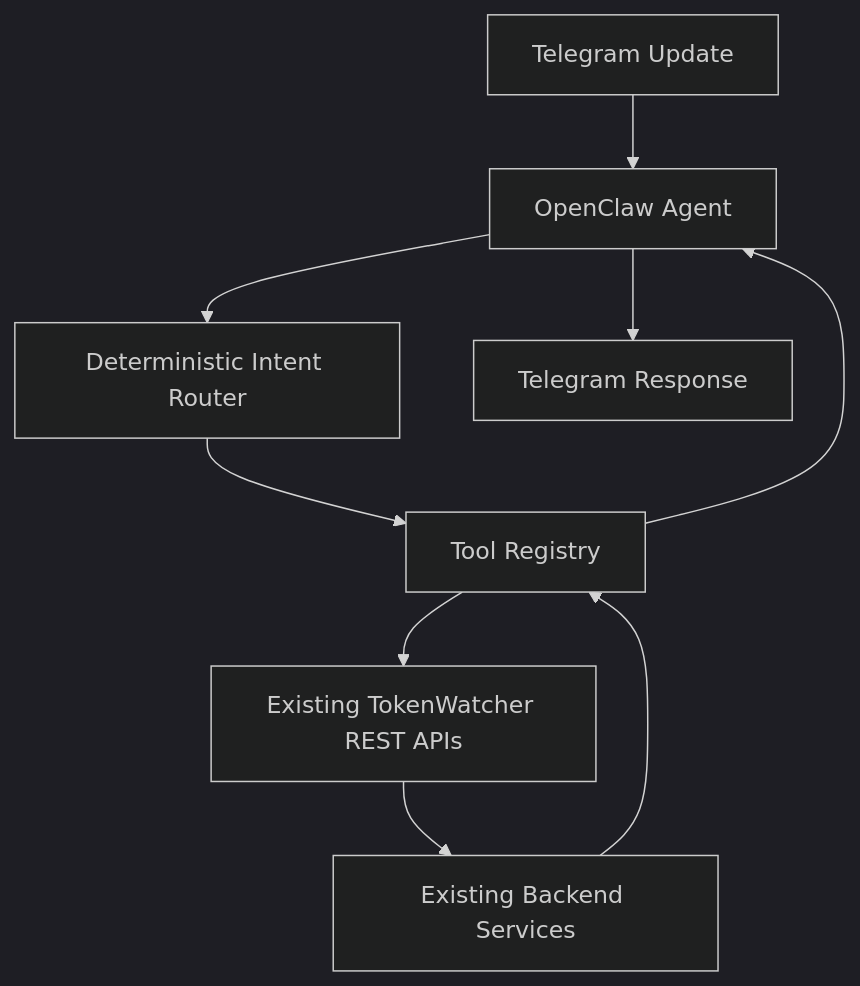
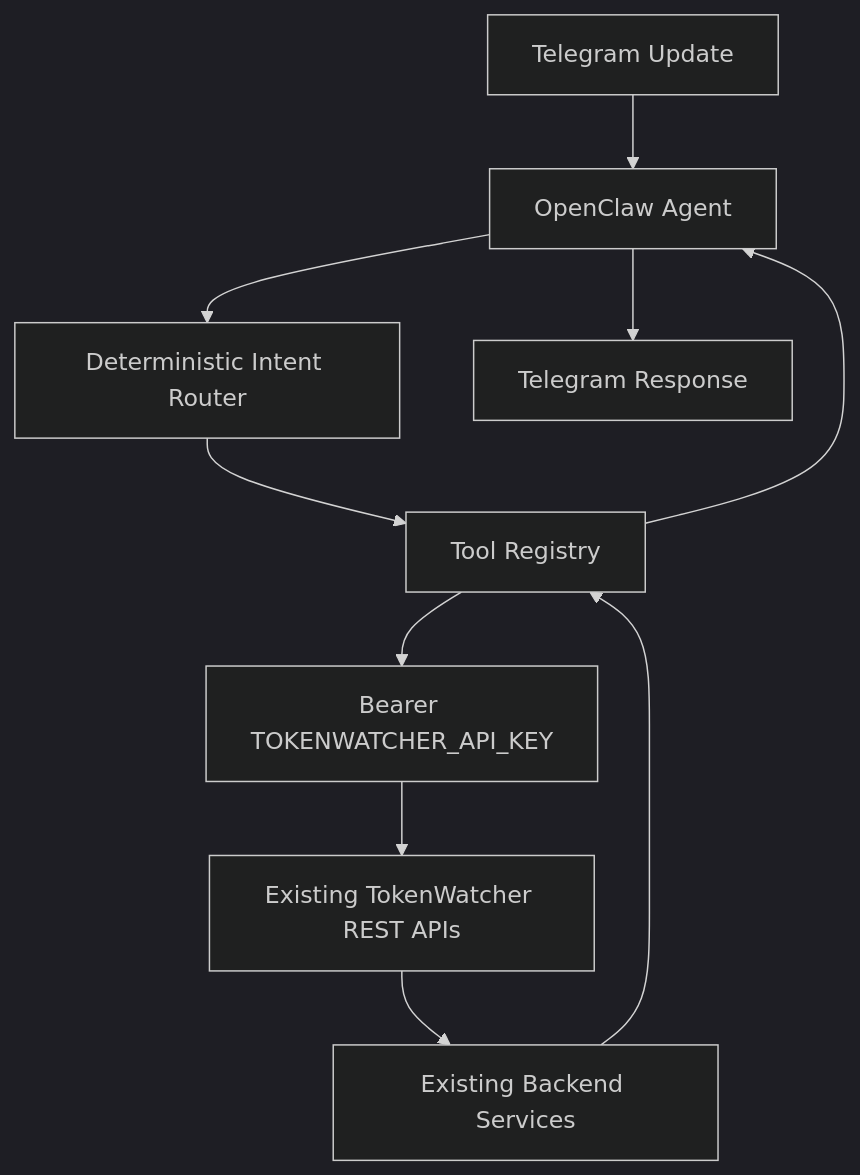
The diagram in openclaw/README.md (ZainabTravadi/Token-Watcher-AI-API-Cost-Tracker), drawn with Mermaid (dark theme) before and after one commit. The commit also changed other lines of this file and 60 other files, not shown here.

````diff
--- a/openclaw/README.md
+++ b/openclaw/README.md
@@ -7,19 +7,21 @@
 ```mermaid
 flowchart TD
     Telegram["Telegram Update"]
     OpenClaw["OpenClaw Agent"]
     Router["Deterministic Intent Router"]
     Tools["Tool Registry"]
+    Key["Bearer TOKENWATCHER_API_KEY"]
     Api["Existing TokenWatcher REST APIs"]
     Services["Existing Backend Services"]
     Reply["Telegram Response"]
 
     Telegram --> OpenClaw
     OpenClaw --> Router
     Router --> Tools
-    Tools --> Api
+    Tools --> Key
+    Key --> Api
     Api --> Services
     Services --> Tools
     Tools --> OpenClaw
     OpenClaw --> Reply
 ```
````
